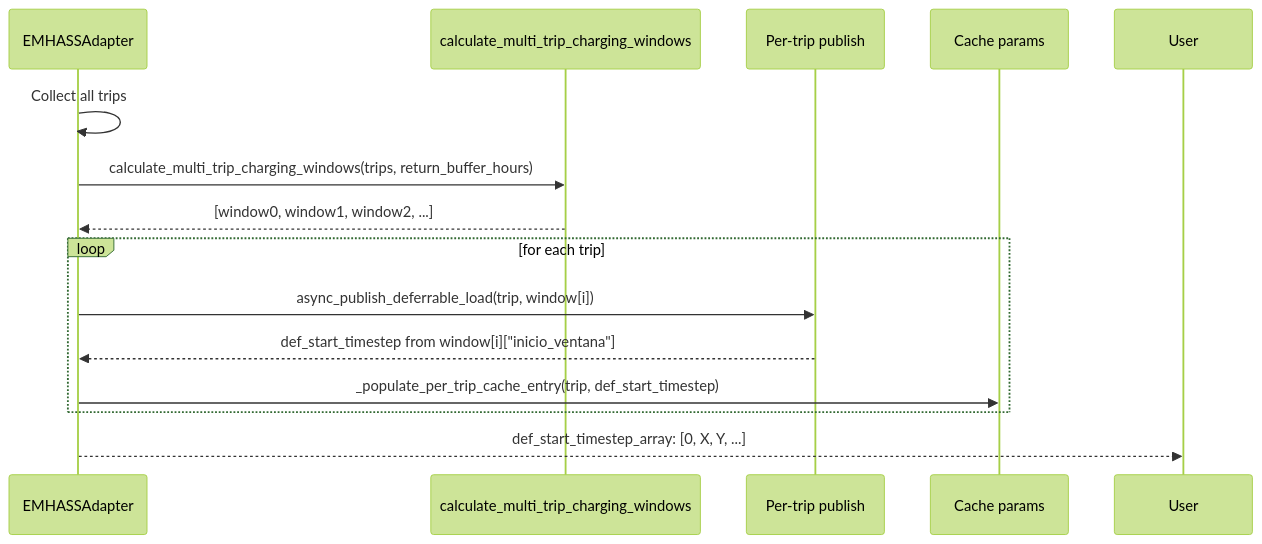
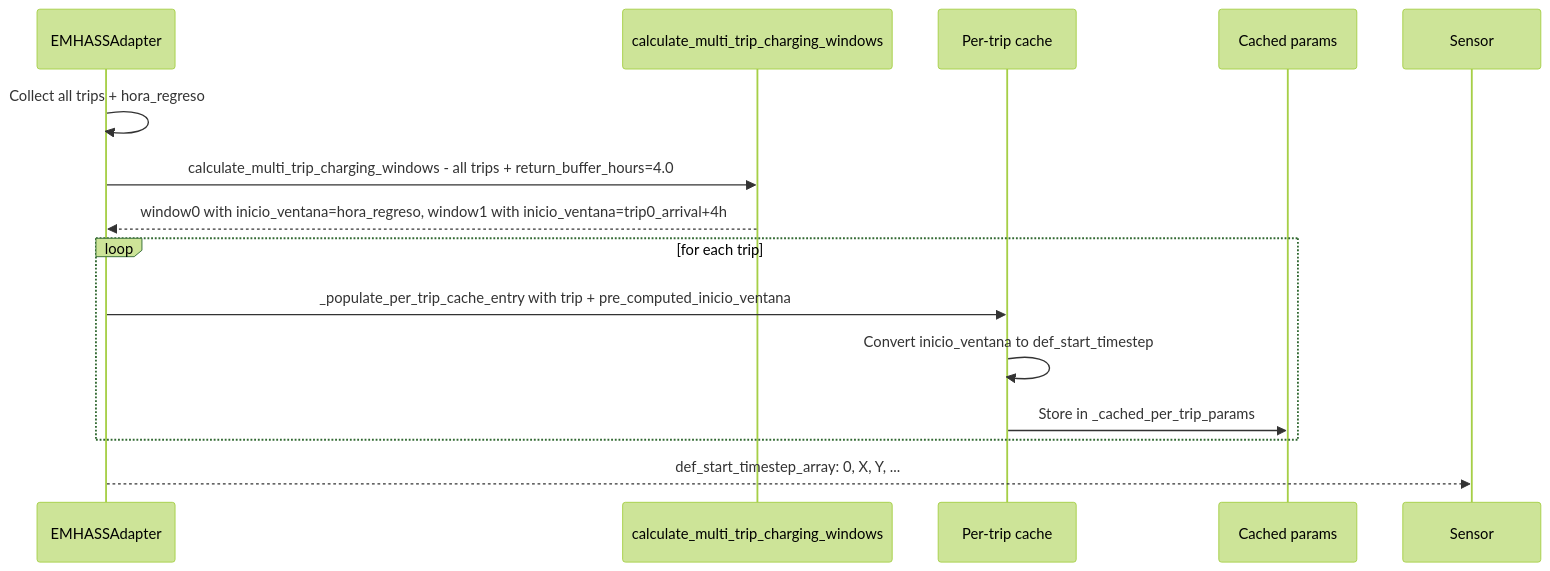
One commit to informatico-madrid/ha-ev-trip-planner changed the second of 2 diagrams in specs/fix-sequential-trip-charging/design.md. Above: the diagram before and after it, drawn with Mermaid (forest theme). The commit also changed other lines of this file and 12 other files, not shown here.

Commit message:
test(sequential-trip): add failing test for sequential def_start_timestep bug

````diff
--- a/specs/fix-sequential-trip-charging/design.md
+++ b/specs/fix-sequential-trip-charging/design.md
@@ -107,19 +100,19 @@
 ```mermaid
 sequenceDiagram
     participant EA as EMHASSAdapter
     participant CM as calculate_multi_trip_charging_windows
-    participant CP as Per-trip publish
-    participant CA as Cache params
+    participant CP as Per-trip cache
+    participant CA as Cached params
     
-    EA->>EA: Collect all trips
-    EA->>CM: calculate_multi_trip_charging_windows(trips, return_buffer_hours)
-    CM-->>EA: [window0, window1, window2, ...]
+    EA->>EA: Collect all trips + hora_regreso
+    EA->>CM: calculate_multi_trip_charging_windows - all trips + return_buffer_hours=4.0
+    CM-->>EA: window0 with inicio_ventana=hora_regreso, window1 with inicio_ventana=trip0_arrival+4h
     
     loop for each trip
-        EA->>CP: async_publish_deferrable_load(trip, window[i])
-        CP-->>EA: def_start_timestep from window[i]["inicio_ventana"]
-        EA->>CA: _populate_per_trip_cache_entry(trip, def_start_timestep)
+        EA->>CP: _populate_per_trip_cache_entry with trip + pre_computed_inicio_ventana
+        CP->>CP: Convert inicio_ventana to def_start_timestep
+        CP->>CA: Store in _cached_per_trip_params
     end
     
-    EA-->>User: def_start_timestep_array: [0, X, Y, ...]
+    EA-->>Sensor: def_start_timestep_array: 0, X, Y, ...
 ```
````
